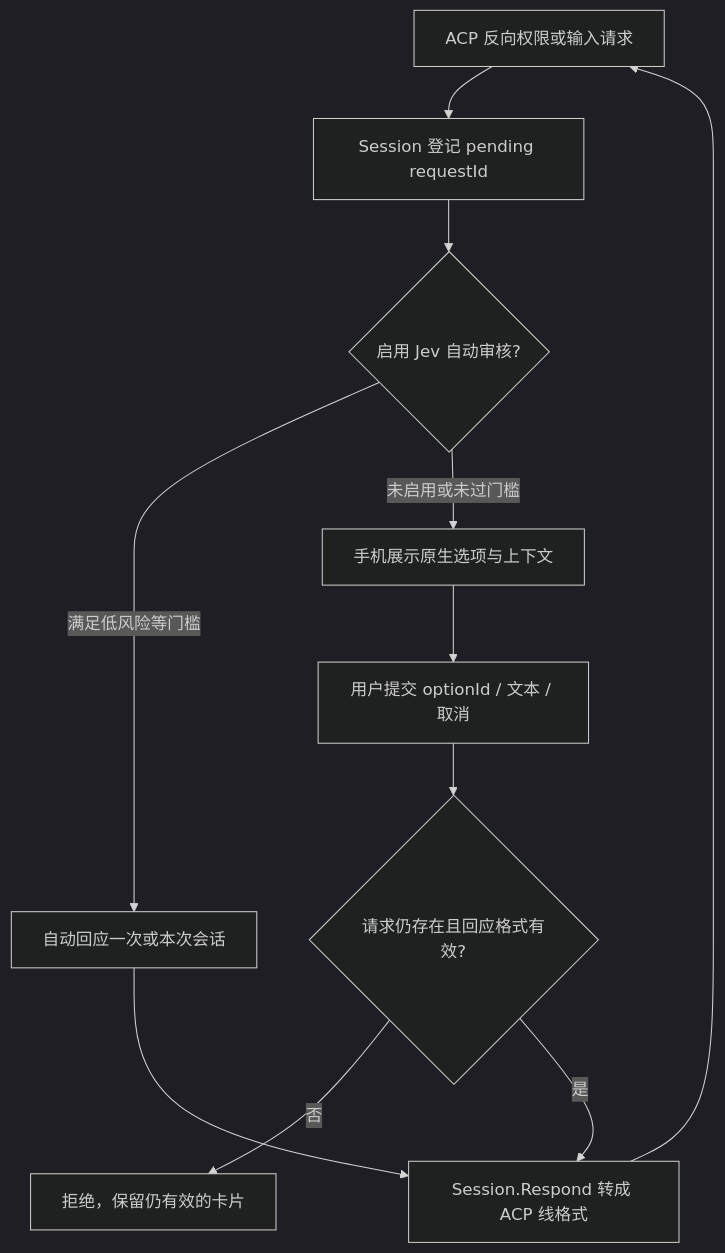
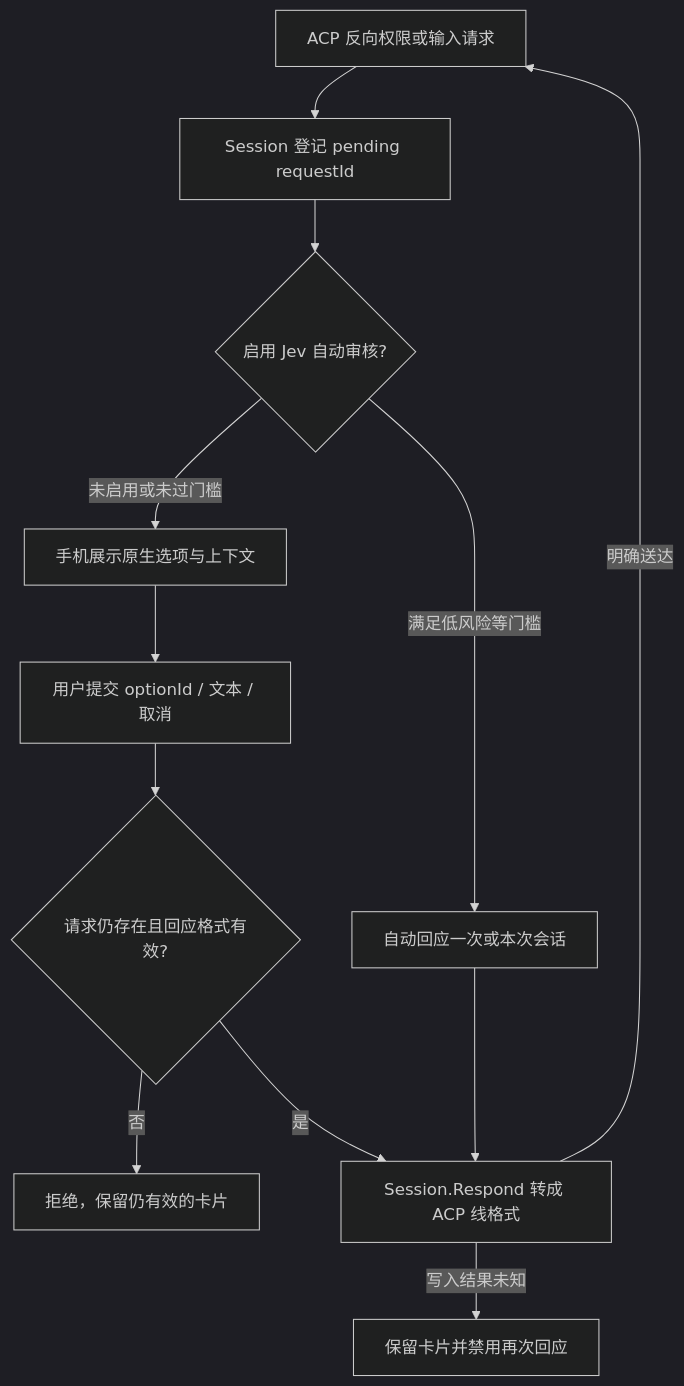
Diagram 14 of 15 in docs/system-runtime-diagrams.md (BenedictKing/mobile-bridge), drawn with Mermaid (dark theme) before and after one commit. The commit also changed other lines of this file and 24 other files, not shown here.

````diff
--- a/docs/system-runtime-diagrams.md
+++ b/docs/system-runtime-diagrams.md
@@ -220,13 +222,14 @@
 ```mermaid
 flowchart TB
     Agent[ACP 反向权限或输入请求] --> Pending[Session 登记 pending requestId]
     Pending --> Jev{启用 Jev 自动审核?}
     Jev -->|满足低风险等门槛| Auto[自动回应一次或本次会话]
     Jev -->|未启用或未过门槛| Card[手机展示原生选项与上下文]
     Card --> Human[用户提交 optionId / 文本 / 取消]
     Human --> Validate{请求仍存在且回应格式有效?}
     Validate -->|否| Keep[拒绝，保留仍有效的卡片]
     Validate -->|是| Respond[Session.Respond 转成 ACP 线格式]
     Auto --> Respond
-    Respond --> Agent
+    Respond -->|明确送达| Agent
+    Respond -->|写入结果未知| Unknown[保留卡片并禁用再次回应]
 ```
````
